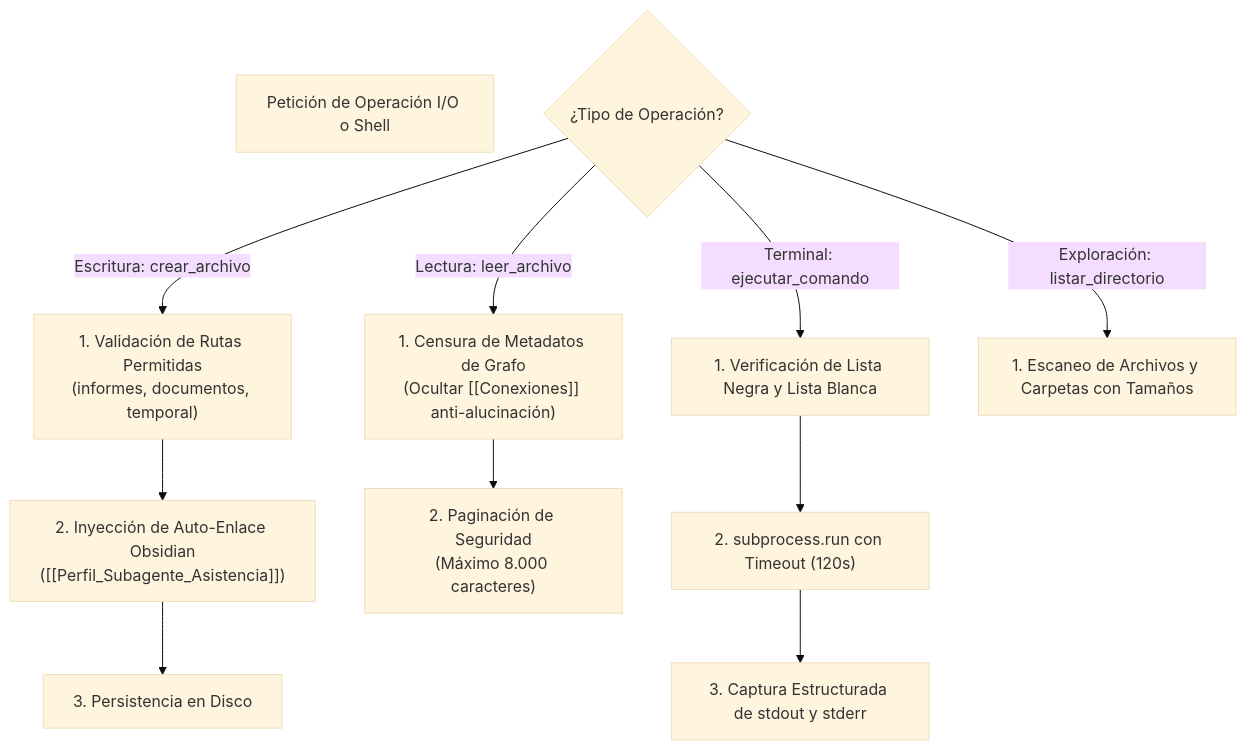
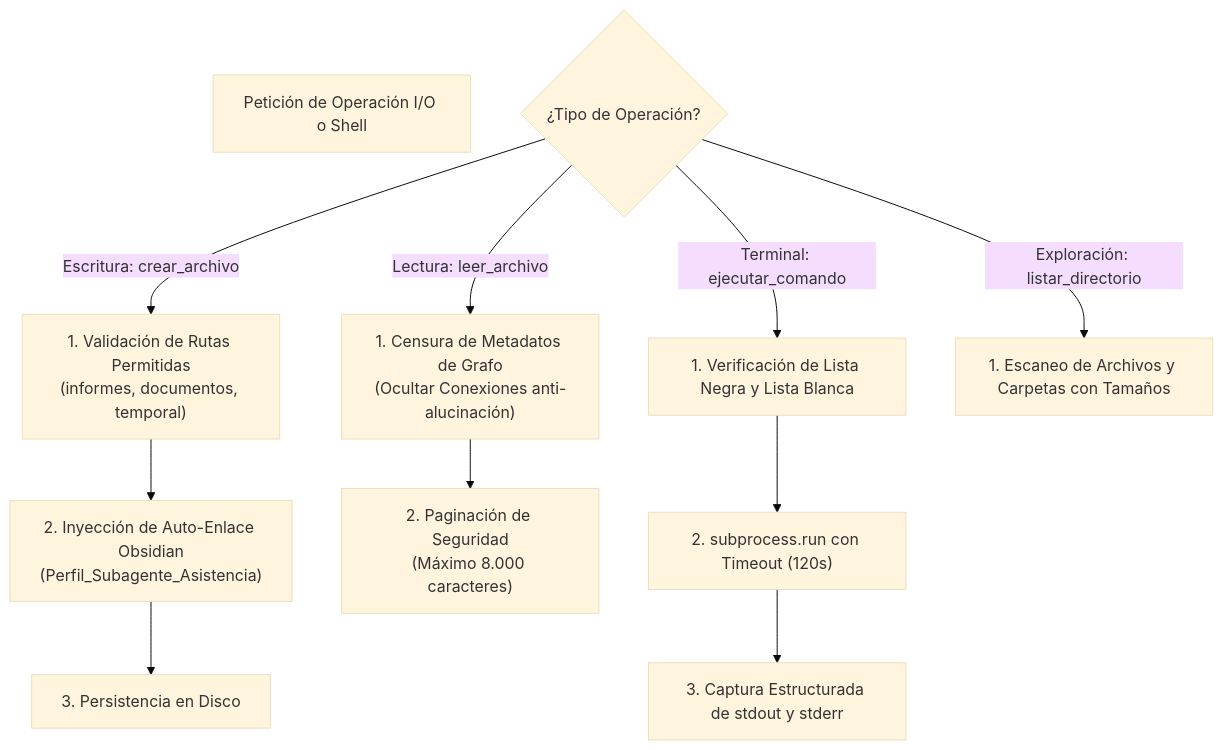
One commit to wuil3529-lenny/Agentes changed the diagram in Subagente_Asistencia/skills/base/Skill_Base_Subagente_Asistencia.md. Above: the diagram before and after it, drawn with Mermaid (base theme). The commit also changed other lines of this file and 370 other files, not shown here.

````diff
--- a/Subagente_Asistencia/skills/base/Skill_Base_Subagente_Asistencia.md
+++ b/Subagente_Asistencia/skills/base/Skill_Base_Subagente_Asistencia.md
@@ -36,18 +36,18 @@
 ```mermaid
 flowchart TD
     Operacion["Petición de Operación I/O o Shell"]
     TipoOp{¿Tipo de Operación?}
 
     TipoOp -->|Escritura: crear_archivo| ValidaRuta["1. Validación de Rutas Permitidas\n(informes, documentos, temporal)"]
-    ValidaRuta --> AutoObsidian["2. Inyección de Auto-Enlace Obsidian\n([[Perfil_Subagente_Asistencia]])"]
+    ValidaRuta --> AutoObsidian["2. Inyección de Auto-Enlace Obsidian\n(Perfil_Subagente_Asistencia)"]
     AutoObsidian --> EscrituraDisco["3. Persistencia en Disco"]
 
-    TipoOp -->|Lectura: leer_archivo| CensuraGrafo["1. Censura de Metadatos de Grafo\n(Ocultar [[Conexiones]] anti-alucinación)"]
+    TipoOp -->|Lectura: leer_archivo| CensuraGrafo["1. Censura de Metadatos de Grafo\n(Ocultar Conexiones anti-alucinación)"]
     CensuraGrafo --> PaginaContexto["2. Paginación de Seguridad\n(Máximo 8.000 caracteres)"]
 
     TipoOp -->|Terminal: ejecutar_comando| CheckFirewall["1. Verificación de Lista Negra y Lista Blanca"]
     CheckFirewall --> EjecutaSubprocess["2. subprocess.run con Timeout (120s)"]
     EjecutaSubprocess --> RetornoDual["3. Captura Estructurada de stdout y stderr"]
 
     TipoOp -->|Exploración: listar_directorio| EscaneoDisco["1. Escaneo de Archivos y Carpetas con Tamaños"]
 ```
````
